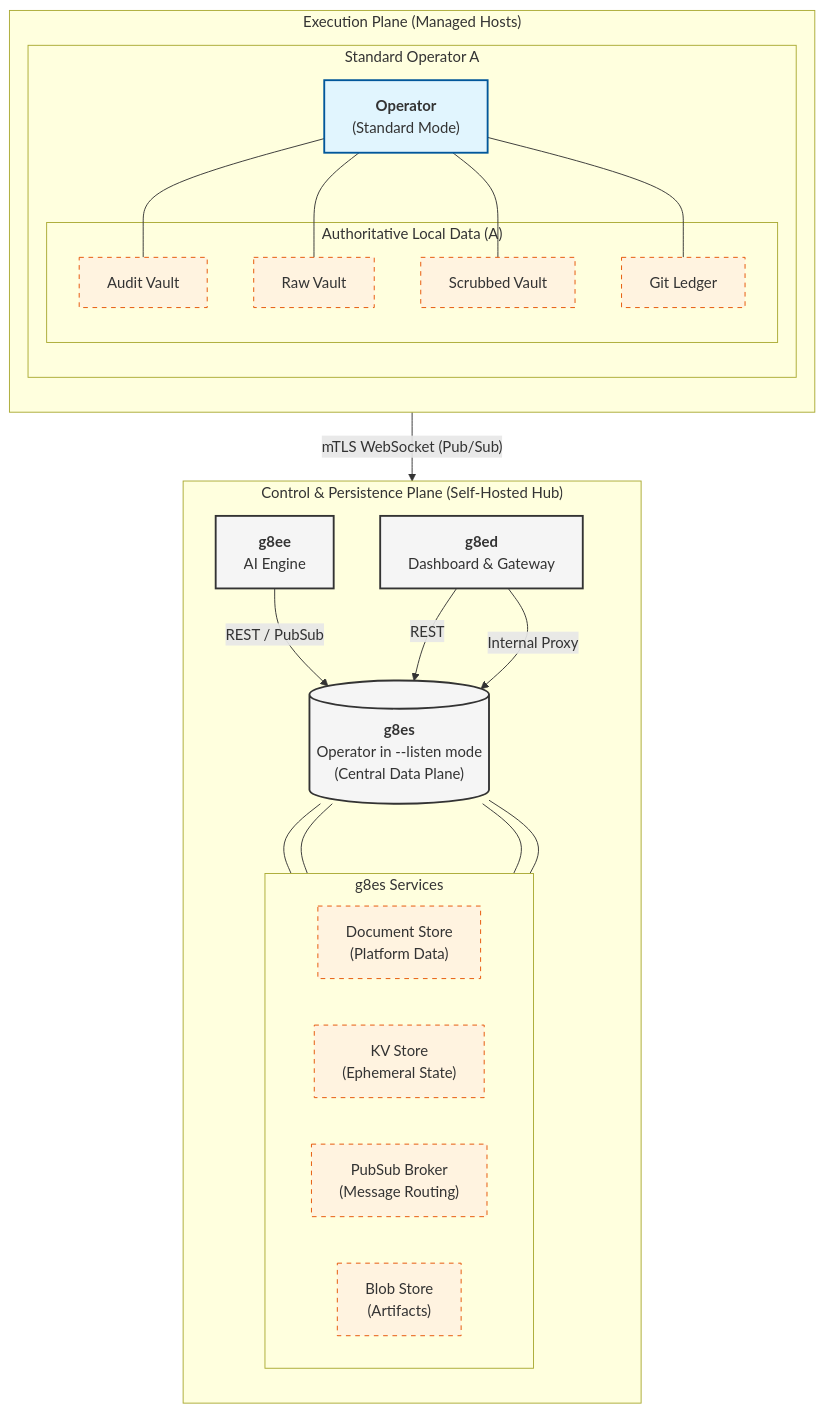
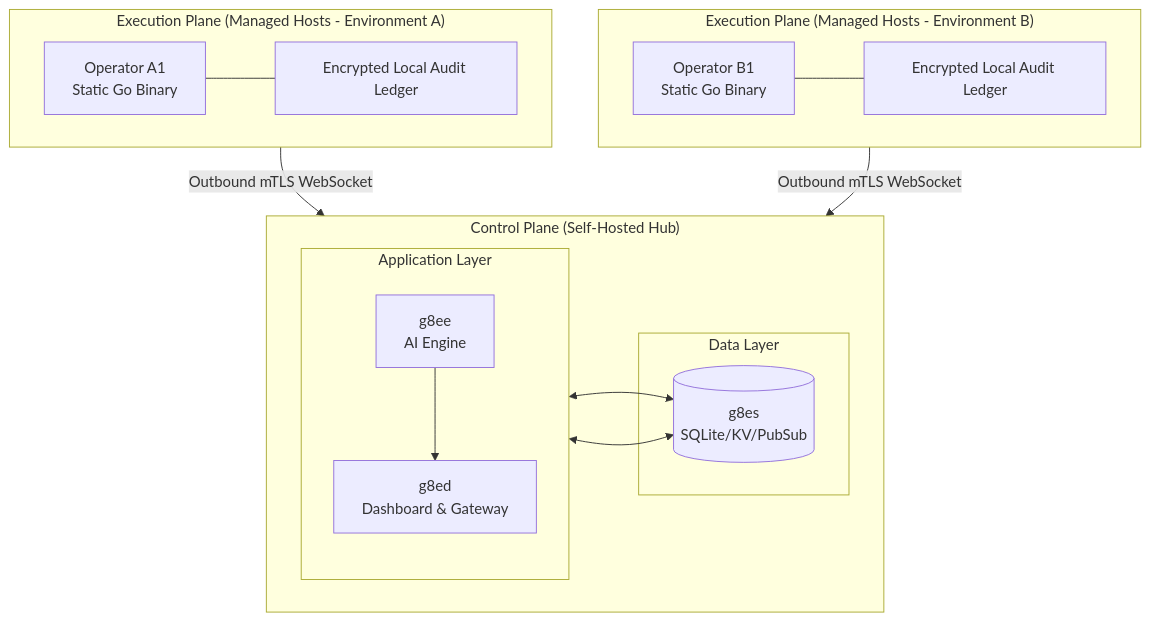
One commit to g8e-ai/g8e changed the second of 2 diagrams in README.md. Above: the diagram before and after it, drawn with Mermaid. The commit also changed other lines of this file and 36 other files, not shown here.

Commit message:
improve architecture diagram

````diff
--- a/README.md
+++ b/README.md
@@ -160,55 +105,32 @@
 ```mermaid
-graph TD
-    subgraph "Control & Persistence Plane (Self-Hosted Hub)"
-        direction TB
-        g8es[("<b>g8es</b><br/>Operator in --listen mode<br/>(Central Data Plane)")]
-        
-        subgraph "g8es Services"
-            direction LR
-            DS["Document Store<br/>(Platform Data)"]
-            KS["KV Store<br/>(Ephemeral State)"]
-            PS["PubSub Broker<br/>(Message Routing)"]
-            BS["Blob Store<br/>(Artifacts)"]
-        end
-        g8es --- DS
-        g8es --- KS
-        g8es --- PS
-        g8es --- BS
-        
-        g8ee["<b>g8ee</b><br/>AI Engine"]
-        g8ed["<b>g8ed</b><br/>Dashboard & Gateway"]
-        
-        g8ee -- "REST / PubSub" --> g8es
-        g8ed -- "REST" --> g8es
+flowchart TD
+    subgraph EP_B ["Execution Plane (Managed Hosts - Environment B)"]
+        direction LR
+        OPB1["Operator B1<br/>Static Go Binary"] --- LGB1["Encrypted Local Audit Ledger"]
     end
 
-    subgraph "Execution Plane (Managed Hosts)"
-        direction TB
-        subgraph "Standard Operator A"
-            OPA["<b>Operator</b><br/>(Standard Mode)"]
-            subgraph "Authoritative Local Data (A)"
-                AVA["Audit Vault"]
-                RVA["Raw Vault"]
-                SVA["Scrubbed Vault"]
-                LGA["Git Ledger"]
-            end
-            OPA --- AVA
-            OPA --- RVA
-            OPA --- SVA
-            OPA --- LGA
+    subgraph Hub ["Control Plane (Self-Hosted Hub)"]
+        direction LR
+        subgraph App ["Application Layer"]
+            direction TB
+            g8ed["g8ed<br/>Dashboard & Gateway"]
+            g8ee["g8ee<br/>AI Engine"]
+            g8ee --> g8ed
         end
+
+        subgraph Data ["Data Layer"]
+            g8es[("g8es<br/>SQLite/KV/PubSub")]
+        end
+
+        g8ed <--> g8es
+        g8ee <--> g8es
     end
 
-    %% Data Paths
-    OPA -- "mTLS WebSocket (Pub/Sub)" --> g8ed
-    g8ed -- "Internal Proxy" --> g8es
-    
-    %% Annotations
-    classDef hub fill:#f5f5f5,stroke:#333,stroke-width:2px;
-    classDef operator fill:#e1f5fe,stroke:#01579b,stroke-width:2px;
-    classDef storage fill:#fff3e0,stroke:#e65100,stroke-dasharray: 5 5;
-    
-    class g8es,g8ee,g8ed hub;
-    class OPA operator;
-    class DS,KS,PS,BS,AVA,RVA,SVA,LGA storage;
+    subgraph EP_A ["Execution Plane (Managed Hosts - Environment A)"]
+        direction LR
+        OPA1["Operator A1<br/>Static Go Binary"] --- LGA1["Encrypted Local Audit Ledger"]
+    end
+
+    OPB1 -- "Outbound mTLS WebSocket" --> g8ed
+    OPA1 -- "Outbound mTLS WebSocket" --> g8ed
 ```
````
